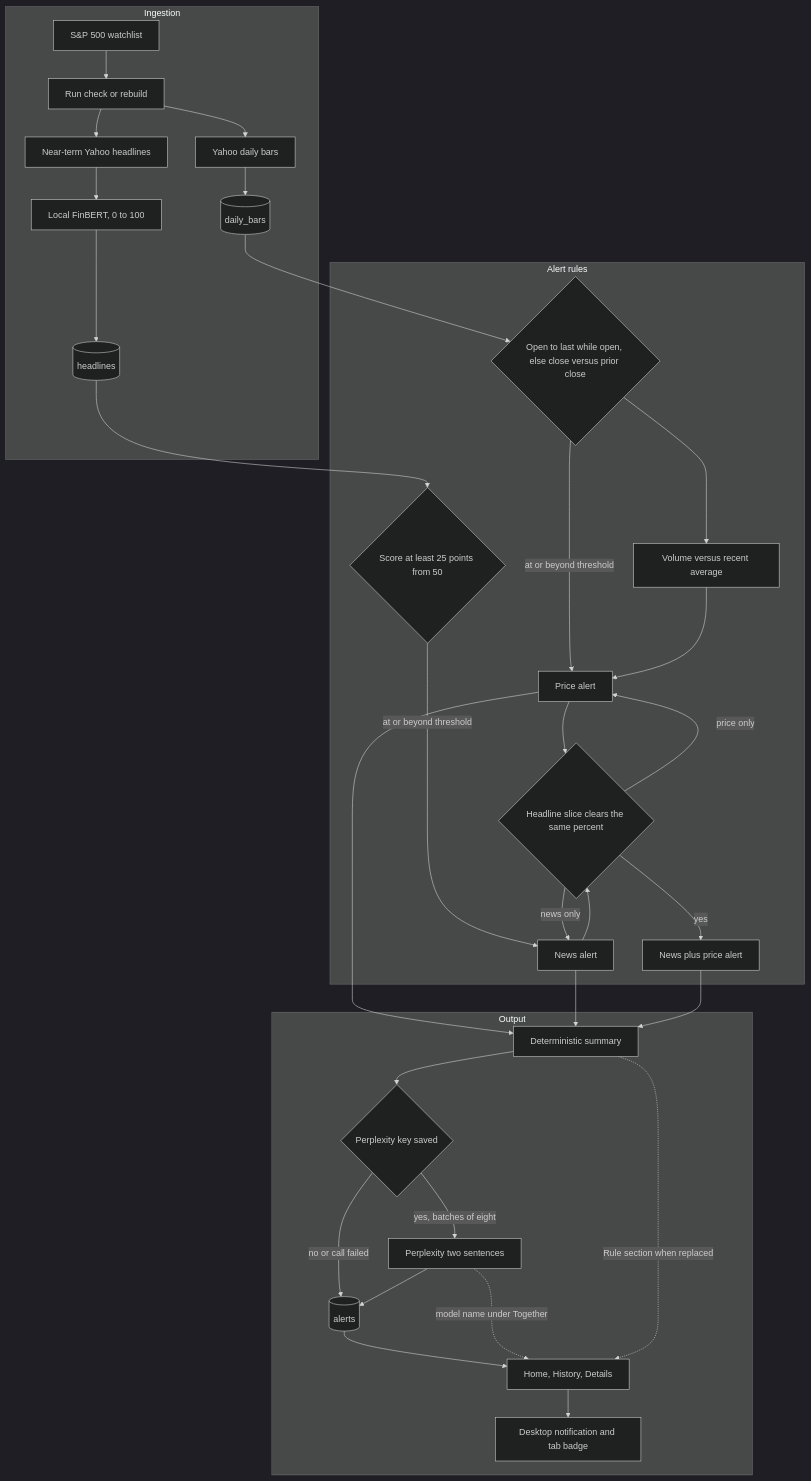
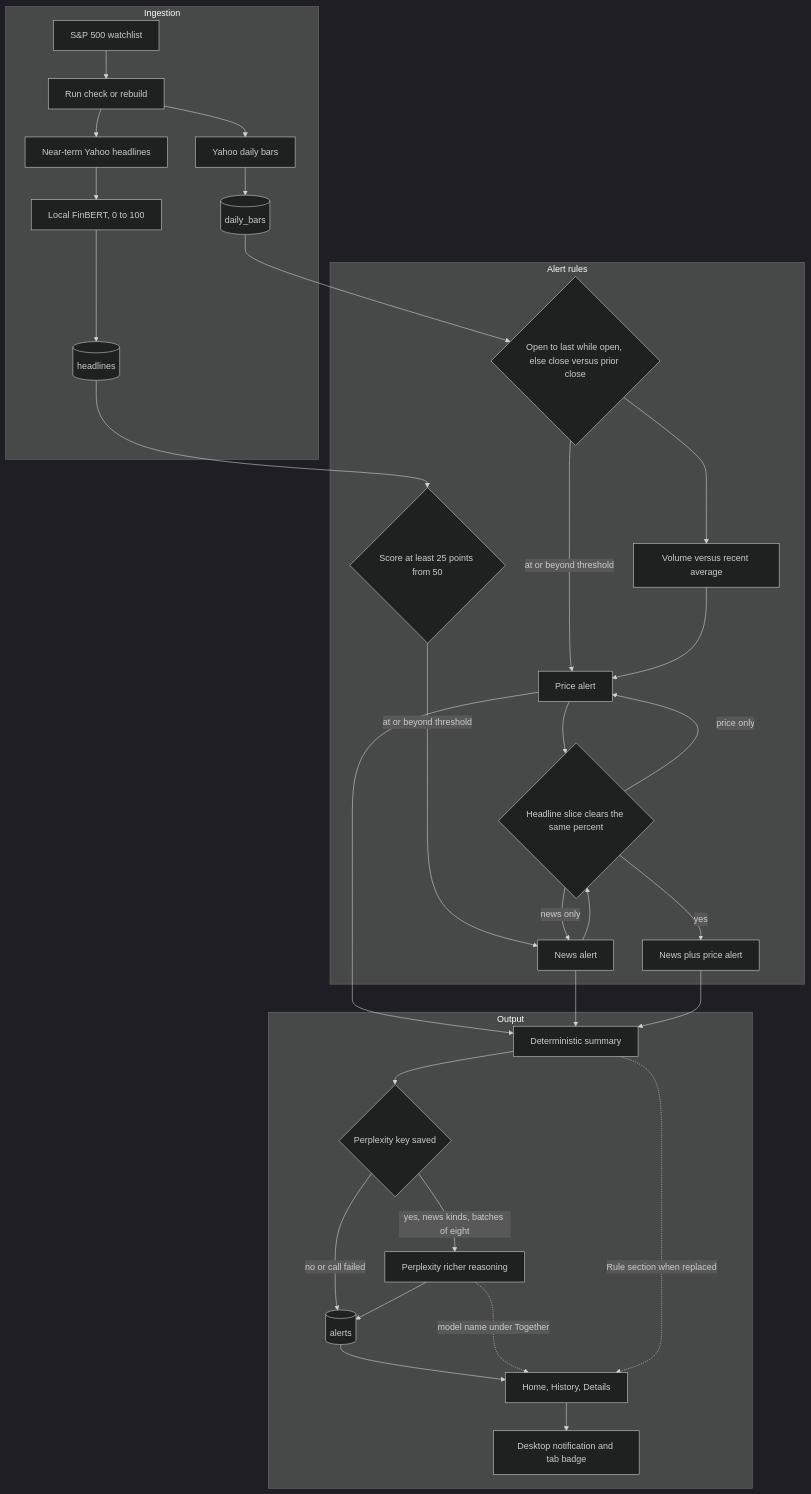
The second of 10 diagrams in docs/architecture.md (sameerde4/ticker-alert-system), drawn with Mermaid (dark theme) before and after one commit. The commit also changed other lines of this file and 4 other files, not shown here.

````diff
--- a/docs/architecture.md
+++ b/docs/architecture.md
@@ -113,39 +118,39 @@
 ```mermaid
 flowchart TB
     subgraph ingest [Ingestion]
         WL[S&P 500 watchlist] --> RUN[Run check or rebuild]
         RUN --> PX[Yahoo daily bars]
         RUN --> NW[Near-term Yahoo headlines]
         PX --> BARS[(daily_bars)]
         NW --> SCORE[Local FinBERT, 0 to 100]
         SCORE --> NEWS[(headlines)]
     end
 
     subgraph rules [Alert rules]
         BARS --> PRICE{Open to last while open, else close versus prior close}
         PRICE -->|at or beyond threshold| PA[Price alert]
         PRICE --> VOL[Volume versus recent average]
         VOL --> PA
         NEWS --> NA{Score at least 25 points from 50}
         NA -->|at or beyond threshold| NEWSALERT[News alert]
         PA --> ONE{Headline slice clears the same percent}
         NEWSALERT --> ONE
         ONE -->|yes| FA[News plus price alert]
         ONE -->|price only| PA
         ONE -->|news only| NEWSALERT
     end
 
     subgraph out [Output]
         PA --> RULE[Deterministic summary]
         NEWSALERT --> RULE
         FA --> RULE
         RULE --> KEY{Perplexity key saved}
         KEY -->|no or call failed| ALERTS[(alerts)]
-        KEY -->|yes, batches of eight| PPLX[Perplexity two sentences]
+        KEY -->|yes, news kinds, batches of eight| PPLX[Perplexity richer reasoning]
         PPLX --> ALERTS
         ALERTS --> UI[Home, History, Details]
         UI --> NOTE[Desktop notification and tab badge]
         PPLX -.->|model name under Together| UI
         RULE -.->|Rule section when replaced| UI
     end
 ```
````
